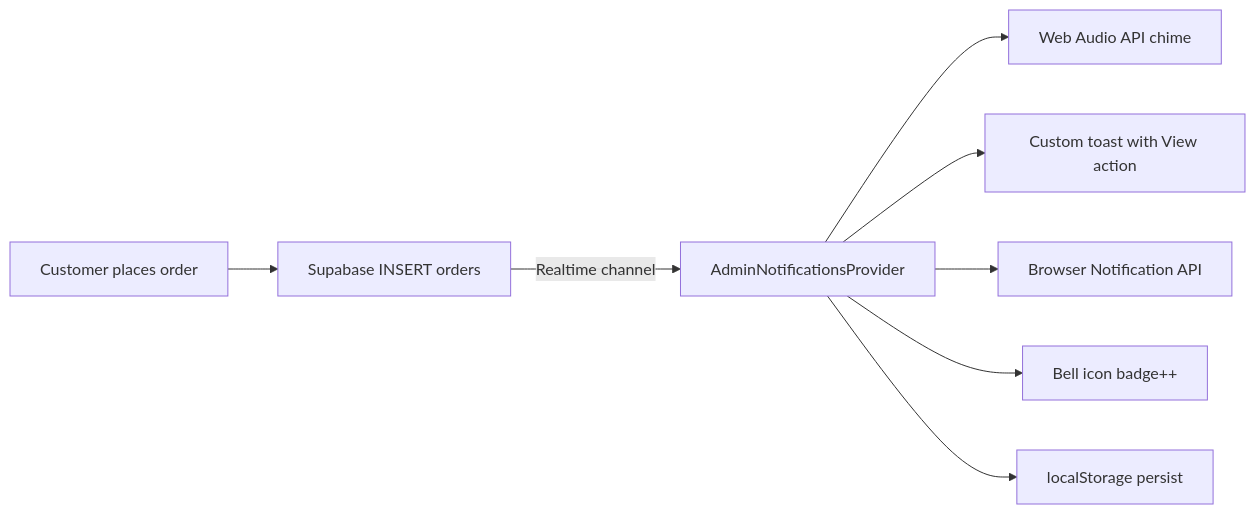
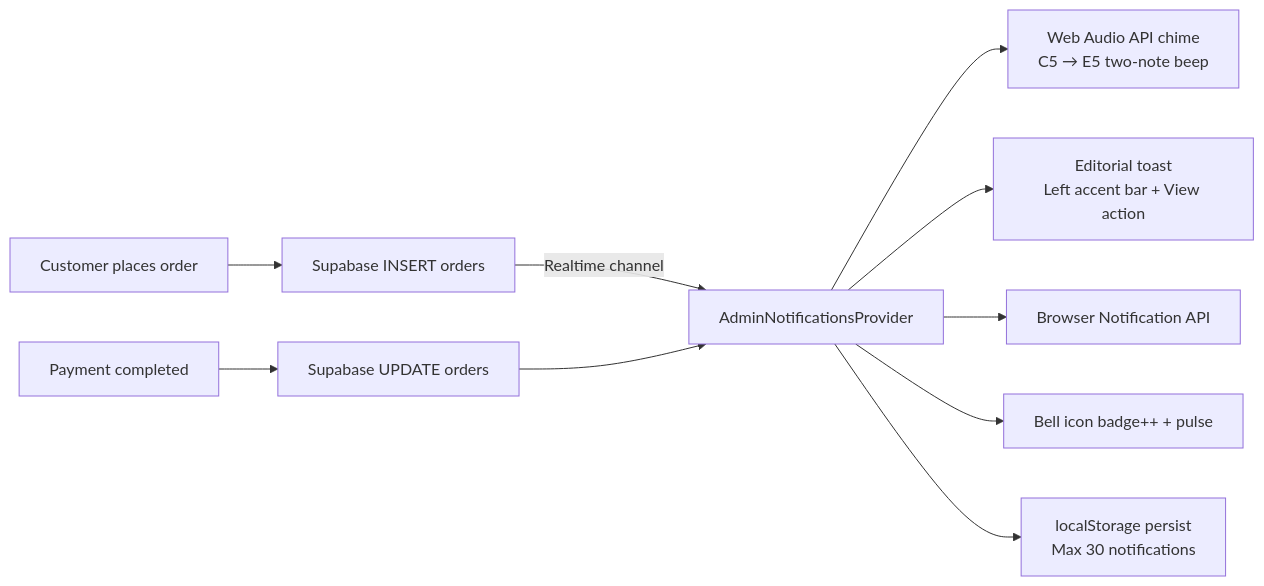
The eighth of 13 diagrams in README.md (zainshah3464/vestior-store), drawn with Mermaid before and after one commit. The commit also changed other lines of this file and 50 other files, not shown here.

````diff
--- a/README.md
+++ b/README.md
@@ -827,10 +1092,13 @@
 ```mermaid
 flowchart LR
     A[Customer places order] --> B[Supabase INSERT orders]
     B -->|Realtime channel| C[AdminNotificationsProvider]
-    C --> D[Web Audio API chime]
-    C --> E[Custom toast with View action]
+    C --> D[Web Audio API chime<br/>C5 → E5 two-note beep]
+    C --> E[Editorial toast<br/>Left accent bar + View action]
     C --> F[Browser Notification API]
-    C --> G[Bell icon badge++]
-    C --> H[localStorage persist]
+    C --> G[Bell icon badge++ + pulse]
+    C --> H[localStorage persist<br/>Max 30 notifications]
+    
+    I[Payment completed] --> J[Supabase UPDATE orders]
+    J --> C
 ```
````
